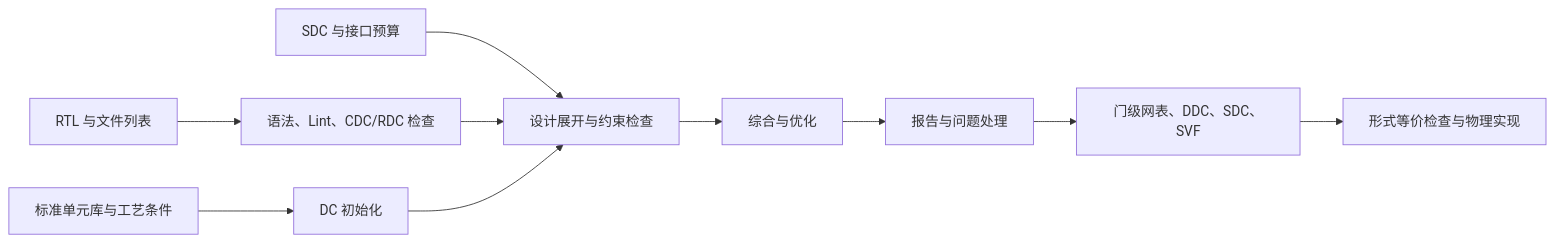
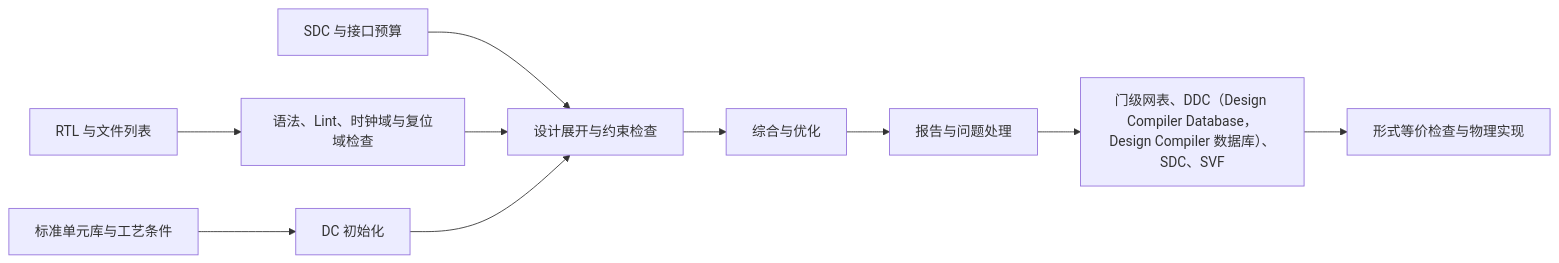
The first of 2 diagrams in 后端学习/工业级DC综合流程教学.md (Little-W/Obsidian), drawn with Mermaid before and after one commit. The commit also changed other lines of this file and 41 other files, not shown here.

````diff
--- a/后端学习/工业级DC综合流程教学.md
+++ b/后端学习/工业级DC综合流程教学.md
@@ -30,12 +30,12 @@
 ```mermaid
 flowchart LR
-    A[RTL 与文件列表] --> B[语法、Lint、CDC/RDC 检查]
+    A[RTL 与文件列表] --> B[语法、Lint、时钟域与复位域检查]
     C[标准单元库与工艺条件] --> D[DC 初始化]
     E[SDC 与接口预算] --> F[设计展开与约束检查]
     B --> F
     D --> F
     F --> G[综合与优化]
     G --> H[报告与问题处理]
-    H --> I[门级网表、DDC、SDC、SVF]
+    H --> I[门级网表、DDC（Design Compiler Database，Design Compiler 数据库）、SDC、SVF]
     I --> J[形式等价检查与物理实现]
 ```
````
